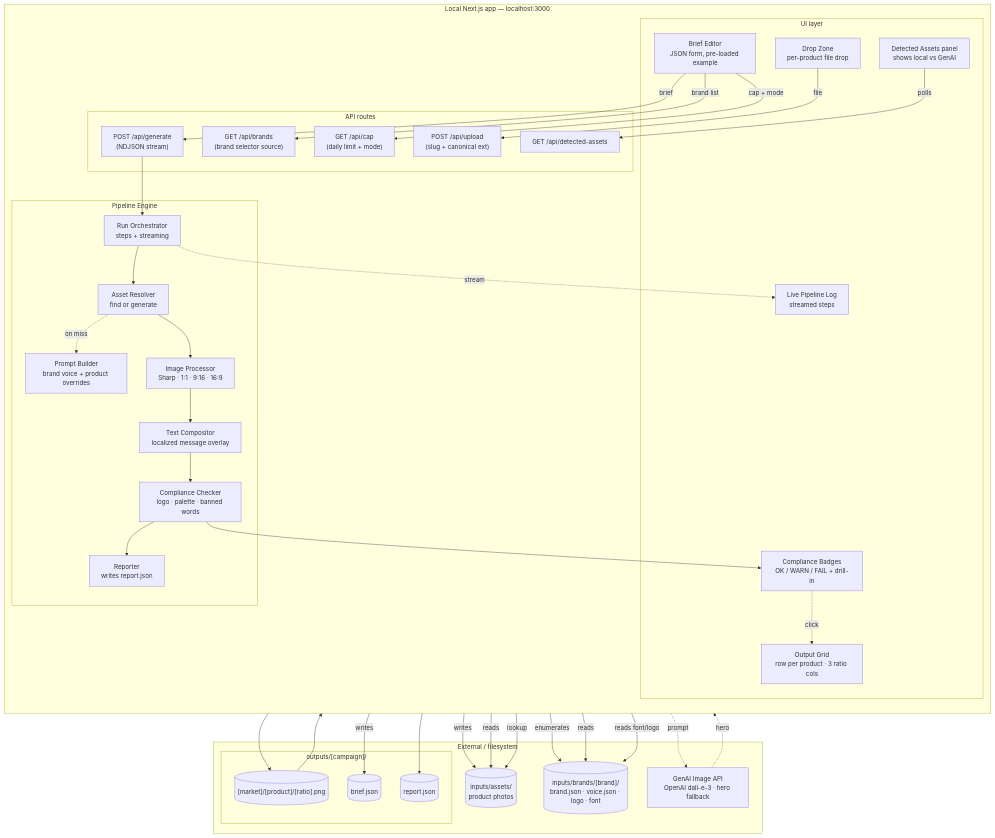
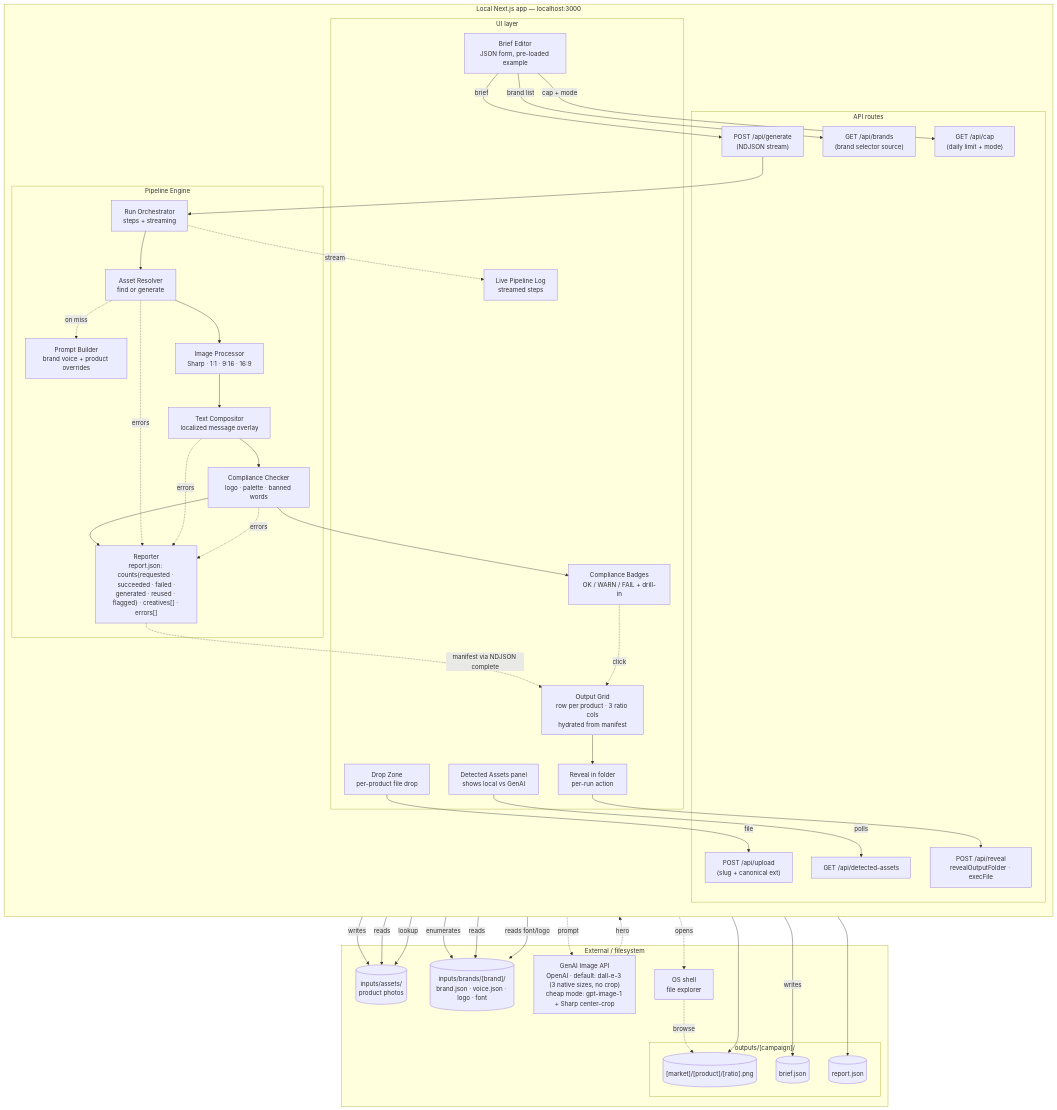
The third of 5 diagrams in docs/system-map.md (arndvs/cast), drawn with Mermaid before and after one commit. The commit also changed other lines of this file, not shown here.

````diff
--- a/docs/system-map.md
+++ b/docs/system-map.md
@@ -84,72 +84,82 @@
 ```mermaid
 graph TB
     subgraph External["External / filesystem"]
         Inputs[("inputs/assets/<br/>product photos")]
         BrandProfile[("inputs/brands/[brand]/<br/>brand.json · voice.json · logo · font")]
         subgraph CampaignOut["outputs/[campaign]/"]
             Outputs[("[market]/[product]/[ratio].png")]
             BriefFile[("brief.json")]
             ReportFile[("report.json")]
         end
-        GenAI["GenAI Image API<br/>OpenAI dall-e-3 · hero fallback"]
+        GenAI["GenAI Image API<br/>OpenAI · default: dall-e-3 (3 native sizes, no crop)<br/>cheap mode: gpt-image-1 + Sharp center-crop"]
+        OS["OS shell<br/>file explorer"]
     end
 
     subgraph App["Local Next.js app — localhost:3000"]
         direction TB
 
         subgraph UI["UI layer"]
             Editor["Brief Editor<br/>JSON form, pre-loaded example"]
             DropZone["Drop Zone<br/>per-product file drop"]
             DetectedPanel["Detected Assets panel<br/>shows local vs GenAI"]
             LogView["Live Pipeline Log<br/>streamed steps"]
-            Grid["Output Grid<br/>row per product · 3 ratio cols"]
+            Grid["Output Grid<br/>row per product · 3 ratio cols<br/>hydrated from manifest"]
             BadgeUI["Compliance Badges<br/>OK / WARN / FAIL + drill-in"]
+            RevealBtn["Reveal in folder<br/>per-run action"]
         end
 
         subgraph API["API routes"]
             UploadAPI["POST /api/upload<br/>(slug + canonical ext)"]
             DetectedAPI["GET /api/detected-assets"]
             GenerateAPI["POST /api/generate<br/>(NDJSON stream)"]
             BrandsAPI["GET /api/brands<br/>(brand selector source)"]
             CapAPI["GET /api/cap<br/>(daily limit + mode)"]
+            RevealAPI["POST /api/reveal<br/>revealOutputFolder · execFile"]
         end
 
         subgraph Engine["Pipeline Engine"]
             Orchestrator["Run Orchestrator<br/>steps + streaming"]
             Resolver["Asset Resolver<br/>find or generate"]
             PromptBuilder["Prompt Builder<br/>brand voice + product overrides"]
             Resizer["Image Processor<br/>Sharp · 1:1 · 9:16 · 16:9"]
             Compositor["Text Compositor<br/>localized message overlay"]
             Checker["Compliance Checker<br/>logo · palette · banned words"]
-            Reporter["Reporter<br/>writes report.json"]
+            Reporter["Reporter<br/>report.json: counts{requested · succeeded · failed ·<br/>generated · reused · flagged} · creatives[] · errors[]"]
         end
     end
 
     Editor -->|brief| GenerateAPI
     Editor -->|brand list| BrandsAPI
     Editor -->|cap + mode| CapAPI
     BrandsAPI -->|enumerates| BrandProfile
     DropZone -->|file| UploadAPI
     UploadAPI -->|writes| Inputs
     DetectedPanel -->|polls| DetectedAPI
     DetectedAPI -->|reads| Inputs
     GenerateAPI --> Orchestrator
     Orchestrator --> Resolver
     Resolver -->|lookup| Inputs
     Resolver -.->|on miss| PromptBuilder
     PromptBuilder -->|reads| BrandProfile
     PromptBuilder -.->|prompt| GenAI
     GenAI -.->|hero| Resolver
     Resolver --> Resizer
     Resizer --> Compositor
     Compositor -->|reads font/logo| BrandProfile
     Compositor --> Checker
     Compositor --> Outputs
     Orchestrator -->|writes| BriefFile
     Checker --> Reporter
+    Resolver -.->|errors| Reporter
+    Compositor -.->|errors| Reporter
+    Checker -.->|errors| Reporter
     Reporter --> ReportFile
     Orchestrator -.->|stream| LogView
-    Outputs --> Grid
+    Reporter -.->|manifest via NDJSON complete| Grid
     Checker --> BadgeUI
     BadgeUI -.->|click| Grid
+    Grid --> RevealBtn
+    RevealBtn --> RevealAPI
+    RevealAPI -.->|opens| OS
+    OS -.->|browse| Outputs
 ```
````
